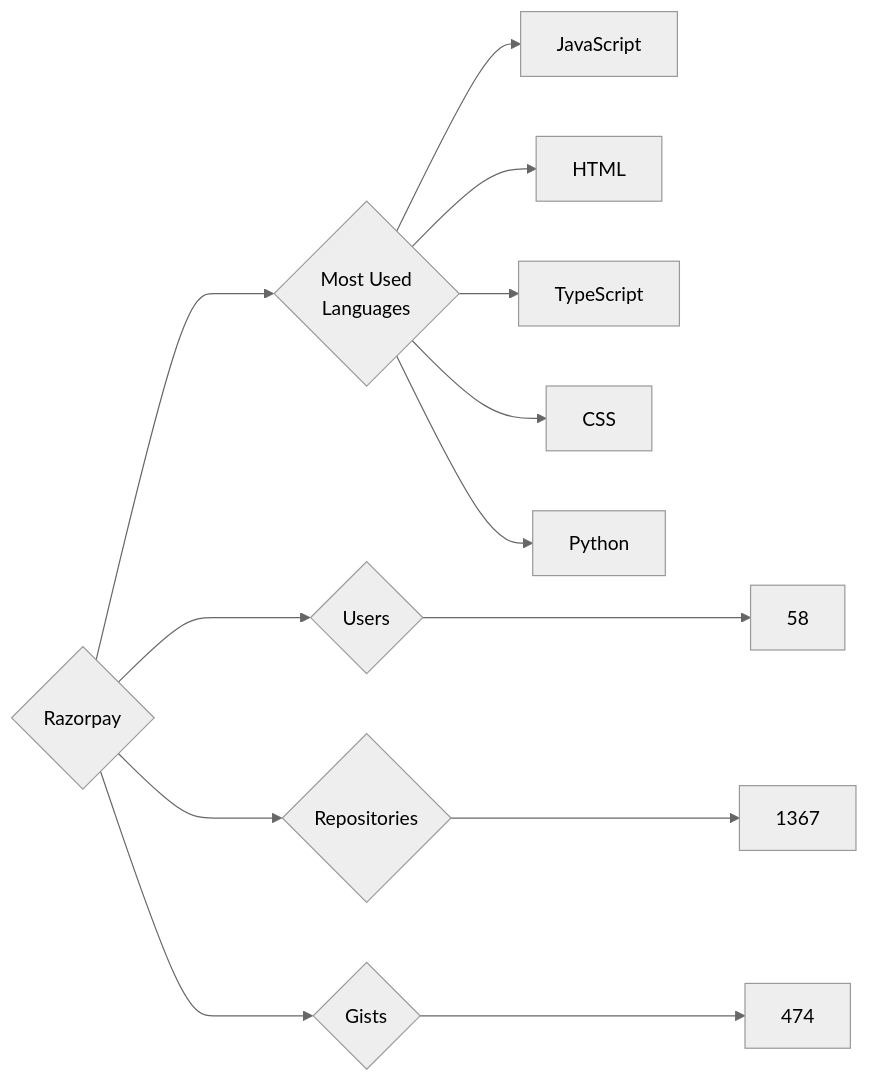
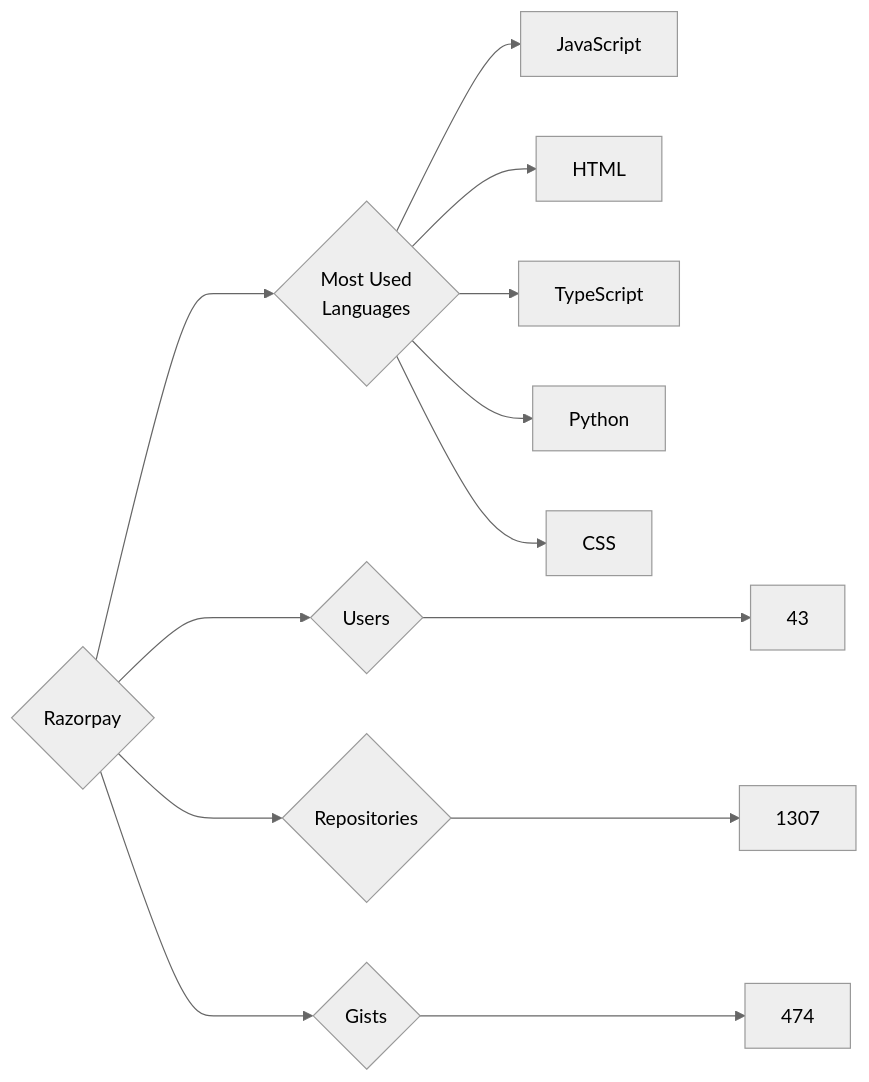
Before and after one commit to trickest/insiders: the diagram in targets/Razorpay/README.md, drawn with Mermaid (neutral theme). The commit also changed 1248 other files, not shown here.

````diff
--- a/targets/Razorpay/README.md
+++ b/targets/Razorpay/README.md
@@ -3,13 +3,13 @@
 ```mermaid
 graph LR
 COMPANY_NAME{Razorpay}
-COMPANY_NAME ---> U{Users} ---> UN[58]
-COMPANY_NAME ---> R{Repositories} ---> RN[1367]
+COMPANY_NAME ---> U{Users} ---> UN[43]
+COMPANY_NAME ---> R{Repositories} ---> RN[1307]
 COMPANY_NAME ---> G{Gists} ---> GN[474]
 COMPANY_NAME ---> ML{Most Used<br>Languages}
 ML --> JavaScript[JavaScript]
 ML --> HTML[HTML]
 ML --> TypeScript[TypeScript]
+ML --> Python[Python]
 ML --> CSS[CSS]
-ML --> Python[Python]
 ```
````
